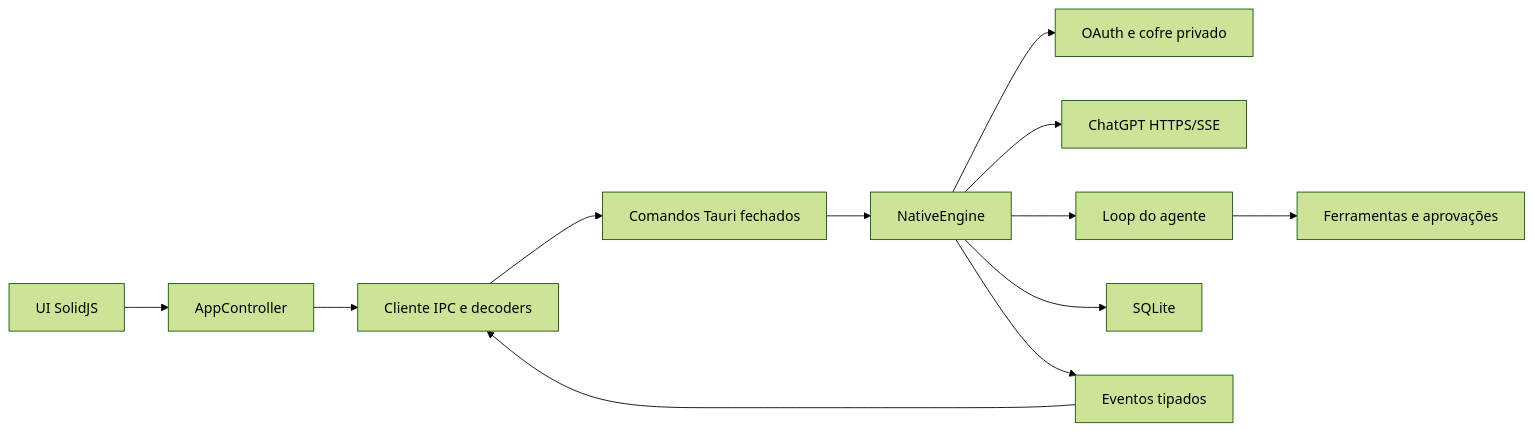
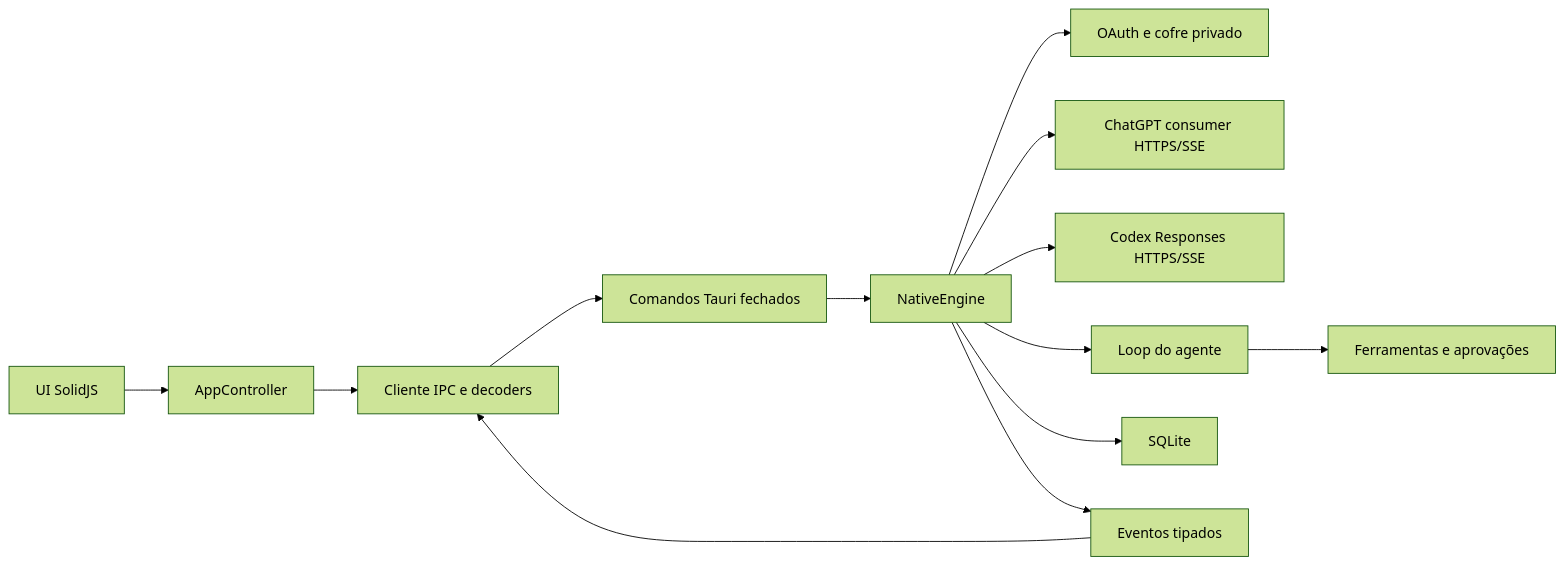
One commit to BRUN0R2/codex-app changed the diagram in docs/ARCHITECTURE.md. Above: the diagram before and after it, drawn with Mermaid (forest theme). The commit also changed other lines of this file and 46 other files, not shown here.

Commit message:
Implement ChatGPT consumer flow and refine desktop UX

````diff
--- a/docs/ARCHITECTURE.md
+++ b/docs/ARCHITECTURE.md
@@ -5,14 +5,15 @@
 ```mermaid
 flowchart LR
     UI["UI SolidJS"] --> State["AppController"]
     State --> Decode["Cliente IPC e decoders"]
     Decode --> Commands["Comandos Tauri fechados"]
     Commands --> Engine["NativeEngine"]
     Engine --> Auth["OAuth e cofre privado"]
-    Engine --> Provider["ChatGPT HTTPS/SSE"]
+    Engine --> Chat["ChatGPT consumer HTTPS/SSE"]
+    Engine --> Provider["Codex Responses HTTPS/SSE"]
     Engine --> Agent["Loop do agente"]
     Agent --> Tools["Ferramentas e aprovações"]
     Engine --> Store["SQLite"]
     Engine --> Events["Eventos tipados"]
     Events --> Decode
 ```
````
